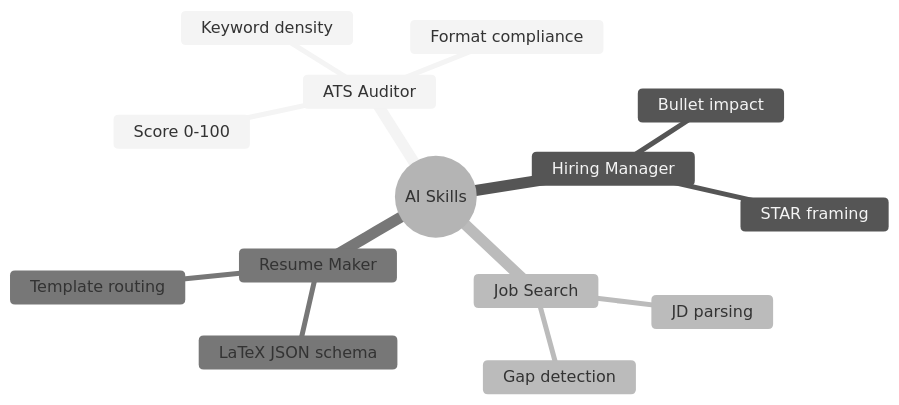
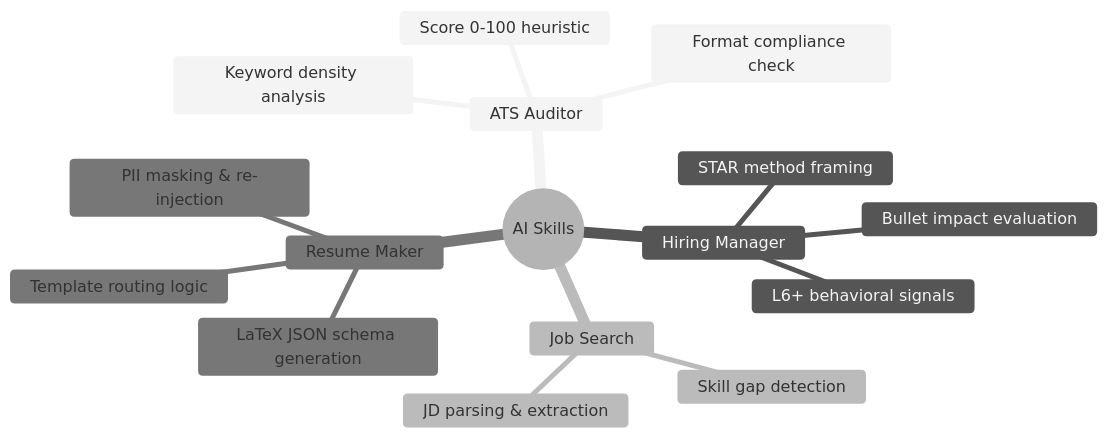
The fourth of 5 diagrams in README.md (Harshithk951/Resume-Flow), drawn with Mermaid (neutral theme) before and after one commit. The commit also changed other lines of this file, not shown here.

````diff
--- a/README.md
+++ b/README.md
@@ -265,17 +384,19 @@
 ```mermaid
 mindmap
   root((AI Skills))
     ATS Auditor
-      Keyword density
-      Format compliance
-      Score 0-100
+      Keyword density analysis
+      Format compliance check
+      Score 0-100 heuristic
     Hiring Manager
-      Bullet impact
-      STAR framing
+      Bullet impact evaluation
+      STAR method framing
+      L6+ behavioral signals
     Job Search
-      JD parsing
-      Gap detection
+      JD parsing & extraction
+      Skill gap detection
     Resume Maker
-      LaTeX JSON schema
-      Template routing
+      LaTeX JSON schema generation
+      Template routing logic
+      PII masking & re-injection
 ```
````
